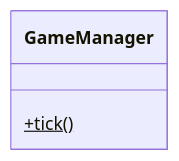
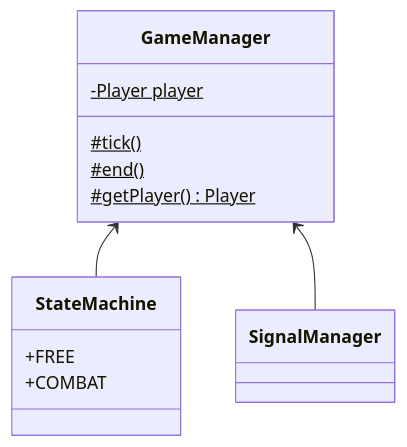
Before and after one commit to gokdenizozkan/patika-plus: the fifth of 11 diagrams in src/patikaplus/week4/nighter/readme.md, drawn with Mermaid. The commit also changed other lines of this file and 1 other file, not shown here.

````diff
--- a/src/patikaplus/week4/nighter/readme.md
+++ b/src/patikaplus/week4/nighter/readme.md
@@ -230,6 +281,18 @@
 ```mermaid
 classDiagram
+    GameManager <-- StateMachine
+    GameManager <-- SignalManager
+    
     class GameManager {
-        +tick() $
+        -Player player $
+        
+        #tick() $
+        #end() $
+        #getPlayer() Player $
+    }
+
+    class StateMachine {
+        +FREE
+        +COMBAT
     }
 ```
````
